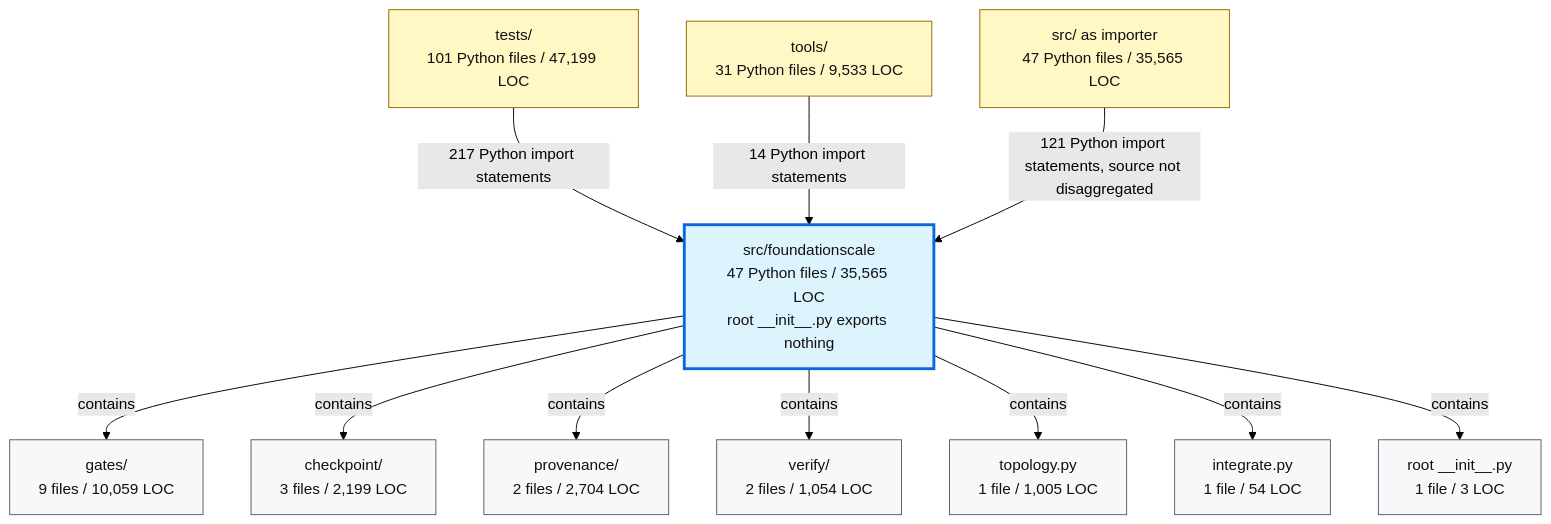
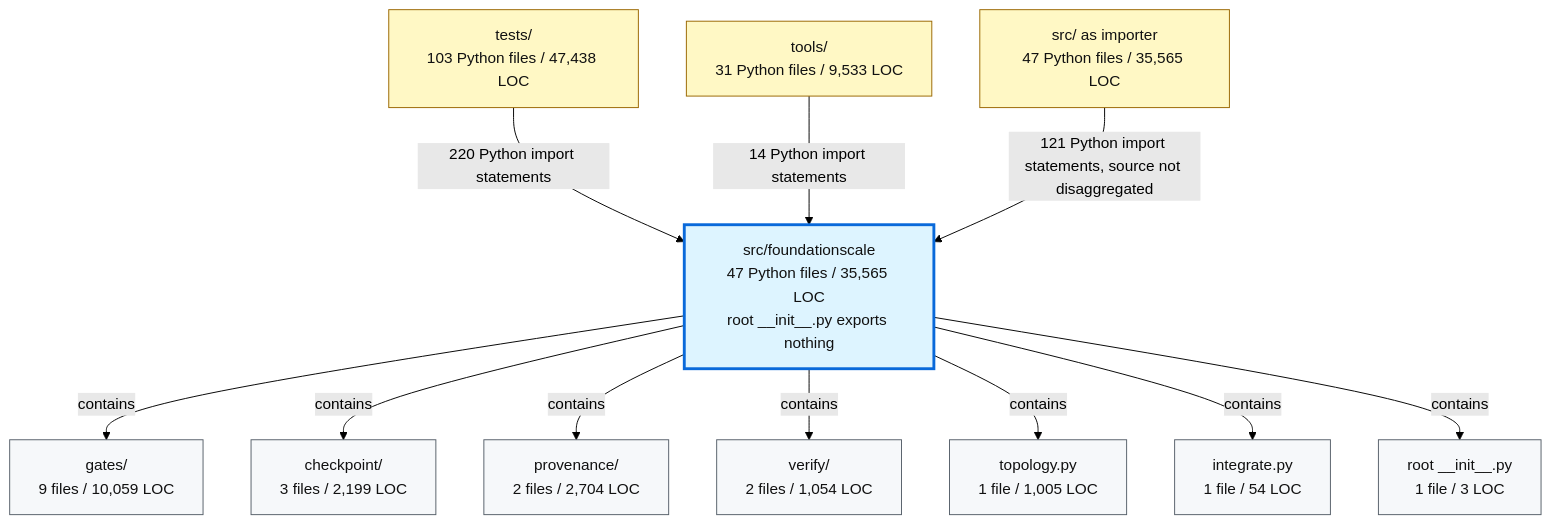
The second of 2 diagrams in docs/review/D2_current_architecture.md (TranNhiem/FoundationScale), drawn with Mermaid (forest theme) before and after one commit. The commit also changed 10 other files, not shown here.

````diff
--- a/docs/review/D2_current_architecture.md
+++ b/docs/review/D2_current_architecture.md
@@ -97,36 +97,36 @@
 ```mermaid
 flowchart TB
-  TESTS["tests/<br/>101 Python files / 47,199 LOC"]
+  TESTS["tests/<br/>103 Python files / 47,438 LOC"]
   TOOLS["tools/<br/>31 Python files / 9,533 LOC"]
   SRC["src/ as importer<br/>47 Python files / 35,565 LOC"]
 
   FS["src/foundationscale<br/>47 Python files / 35,565 LOC<br/>root __init__.py exports nothing"]
 
   GATES["gates/<br/>9 files / 10,059 LOC"]
   CKPT["checkpoint/<br/>3 files / 2,199 LOC"]
   PROV["provenance/<br/>2 files / 2,704 LOC"]
   VERIFY["verify/<br/>2 files / 1,054 LOC"]
   TOPO["topology.py<br/>1 file / 1,005 LOC"]
   INTEG["integrate.py<br/>1 file / 54 LOC"]
   ROOT["root __init__.py<br/>1 file / 3 LOC"]
 
-  TESTS -->|"217 Python import statements"| FS
+  TESTS -->|"220 Python import statements"| FS
   TOOLS -->|"14 Python import statements"| FS
   SRC -->|"121 Python import statements, source not disaggregated"| FS
 
   FS -->|"contains"| GATES
   FS -->|"contains"| CKPT
   FS -->|"contains"| PROV
   FS -->|"contains"| VERIFY
   FS -->|"contains"| TOPO
   FS -->|"contains"| INTEG
   FS -->|"contains"| ROOT
 
   classDef consumer fill:#fff8c5,stroke:#9a6700,color:#111;
   classDef package fill:#ddf4ff,stroke:#0969da,stroke-width:3px,color:#111;
   classDef module fill:#f6f8fa,stroke:#57606a,color:#111;
 
   class TESTS,TOOLS,SRC consumer;
   class FS package;
   class GATES,CKPT,PROV,VERIFY,TOPO,INTEG,ROOT module;
 ```
````
